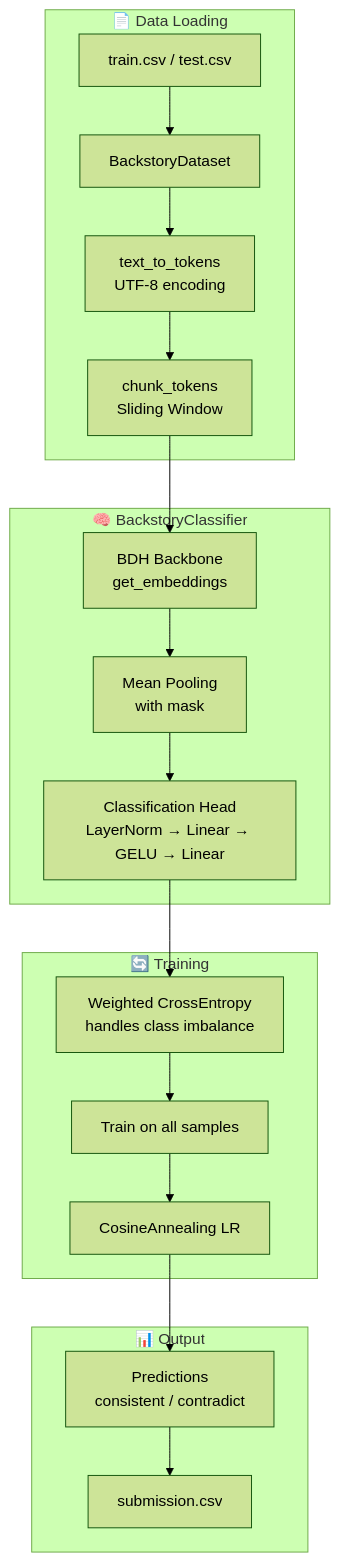
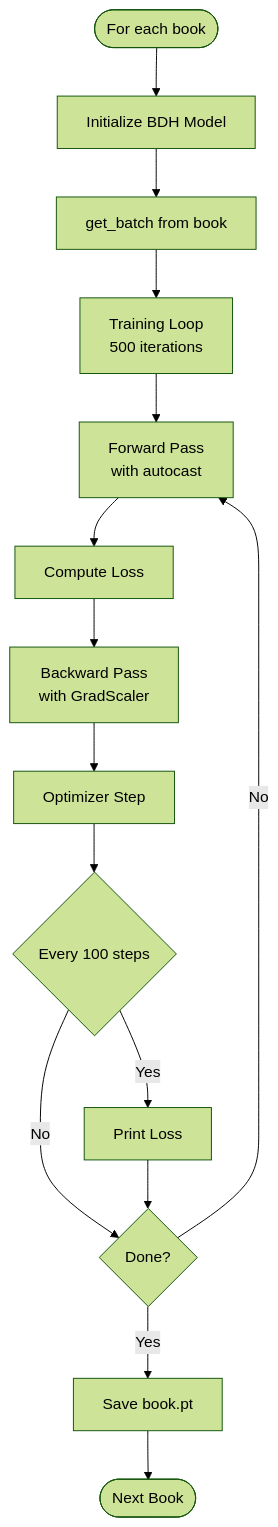
The fourth of 4 diagrams in README.md (knalins/kgp_hackathon_dvnkr), drawn with Mermaid (forest theme) before and after one commit. The commit also changed other lines of this file, not shown here.

````diff
--- a/README.md
+++ b/README.md
@@ -150,38 +137,17 @@
 ```mermaid
 flowchart TD
-    subgraph Data["📄 Data Loading"]
-        CSV[train.csv / test.csv]
-        DS[BackstoryDataset]
-        TOK[text_to_tokens<br/>UTF-8 encoding]
-        CHUNK[chunk_tokens<br/>Sliding Window]
-    end
-
-    subgraph Model["🧠 BackstoryClassifier"]
-        BDH[BDH Backbone<br/>get_embeddings]
-        POOL[Mean Pooling<br/>with mask]
-        HEAD[Classification Head<br/>LayerNorm → Linear → GELU → Linear]
-    end
-
-    subgraph Training["🔄 Training"]
-        WCE[Weighted CrossEntropy<br/>handles class imbalance]
-        TRAIN[Train on all samples]
-        SCHED[CosineAnnealing LR]
-    end
-
-    subgraph Output["📊 Output"]
-        PRED[Predictions<br/>consistent / contradict]
-        SUB[submission.csv]
-    end
-
-    CSV --> DS
-    DS --> TOK
-    TOK --> CHUNK
-    CHUNK --> BDH
-    BDH --> POOL
-    POOL --> HEAD
-    HEAD --> WCE
-    WCE --> TRAIN
-    TRAIN --> SCHED
-    SCHED --> PRED
-    PRED --> SUB
+    START([For each book]) --> INIT[Initialize BDH Model]
+    INIT --> LOAD[get_batch from book]
+    LOAD --> LOOP[Training Loop<br/>500 iterations]
+    LOOP --> FWD[Forward Pass<br/>with autocast]
+    FWD --> LOSS[Compute Loss]
+    LOSS --> BWD[Backward Pass<br/>with GradScaler]
+    BWD --> STEP[Optimizer Step]
+    STEP --> LOG{Every 100 steps}
+    LOG -->|Yes| PRINT[Print Loss]
+    LOG -->|No| CHECK{Done?}
+    PRINT --> CHECK
+    CHECK -->|No| FWD
+    CHECK -->|Yes| SAVE[Save book.pt]
+    SAVE --> NEXT([Next Book])
 ```
````
